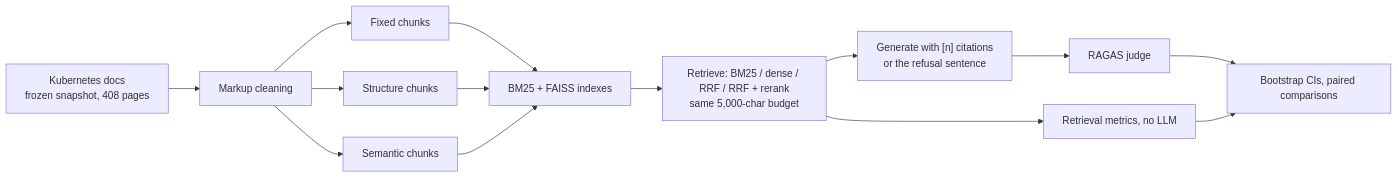
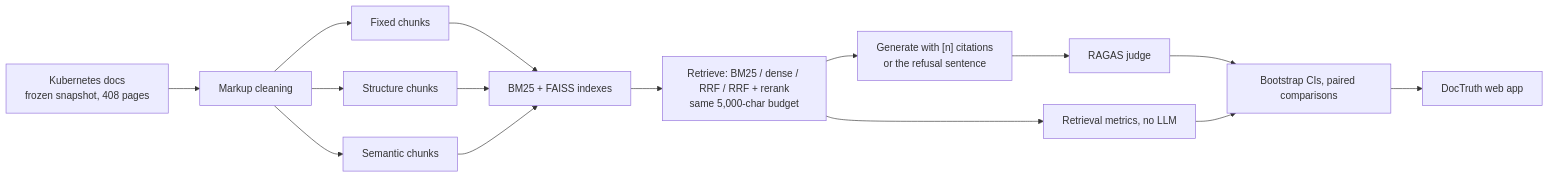
The diagram in README.md (HamzaOuba00-1/rag-k8s-eval), drawn with Mermaid before and after one commit. The commit also changed other lines of this file and 3 other files, not shown here.

````diff
--- a/README.md
+++ b/README.md
@@ -92,13 +122,14 @@
 ```mermaid
 flowchart LR
     A["Kubernetes docs<br/>frozen snapshot, 408 pages"] --> B["Markup cleaning"]
     B --> C1["Fixed chunks"]
     B --> C2["Structure chunks"]
     B --> C3["Semantic chunks"]
     C1 & C2 & C3 --> D["BM25 + FAISS indexes"]
     D --> E["Retrieve: BM25 / dense / RRF / RRF + rerank<br/>same 5,000-char budget"]
     E --> F["Generate with [n] citations<br/>or the refusal sentence"]
     F --> G["RAGAS judge"]
     E --> H["Retrieval metrics, no LLM"]
     G & H --> I["Bootstrap CIs, paired comparisons"]
+    I --> J["DocTruth web app"]
 ```
````
